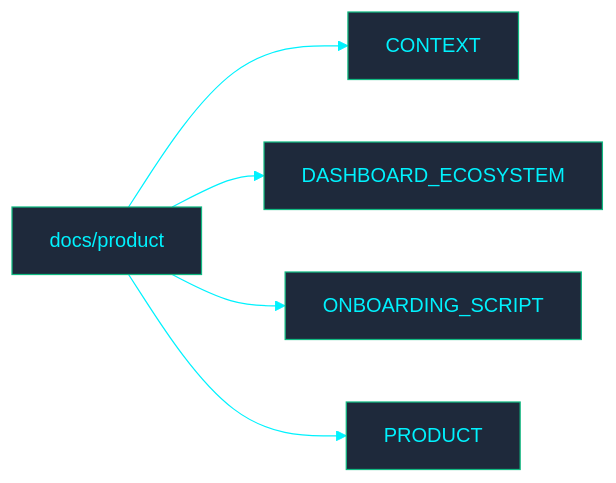
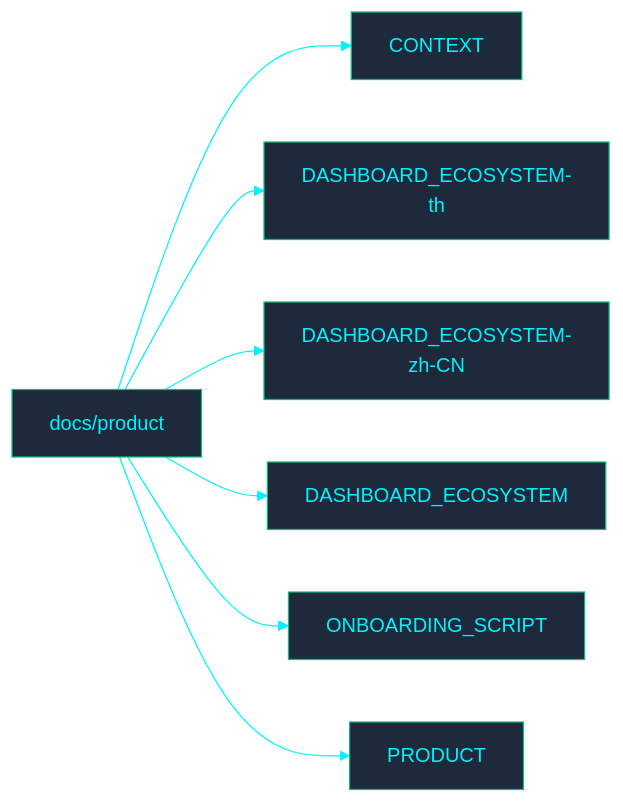
Before and after one commit to PATTANAKORN025/IMS: the diagram in docs/product/README.md, drawn with Mermaid. The commit also changed other lines of this file and 10 other files, not shown here.

````diff
--- a/docs/product/README.md
+++ b/docs/product/README.md
@@ -7,9 +7,11 @@
 ```mermaid
 %%{init: {'theme': 'base', 'themeVariables': { 'primaryColor': '#1e293b', 'primaryTextColor': '#00F2FE', 'primaryBorderColor': '#10B981', 'lineColor': '#00F2FE', 'secondaryColor': '#0f172a', 'tertiaryColor': '#0f172a', 'clusterBkg': '#030407', 'clusterBorder': '#00F2FE'}}}%%
 flowchart LR
   ROOT["docs/product"]
   ROOT --> F0["CONTEXT"]
-  ROOT --> F1["DASHBOARD_ECOSYSTEM"]
-  ROOT --> F2["ONBOARDING_SCRIPT"]
-  ROOT --> F3["PRODUCT"]
+  ROOT --> F1["DASHBOARD_ECOSYSTEM-th"]
+  ROOT --> F2["DASHBOARD_ECOSYSTEM-zh-CN"]
+  ROOT --> F3["DASHBOARD_ECOSYSTEM"]
+  ROOT --> F4["ONBOARDING_SCRIPT"]
+  ROOT --> F5["PRODUCT"]
 ```
````
